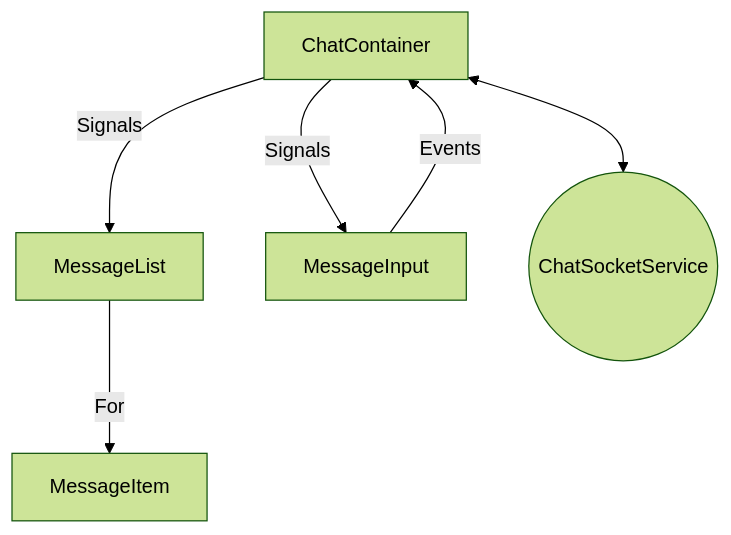
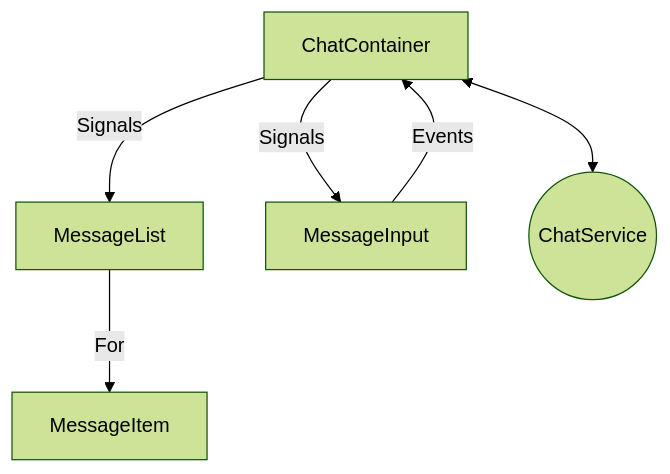
The first of 3 diagrams in docs/chat-architecture.md (sw-tt-akshayparmar/optimus), drawn with Mermaid (forest theme) before and after one commit. The commit also changed other lines of this file and 11 other files, not shown here.

````diff
--- a/docs/chat-architecture.md
+++ b/docs/chat-architecture.md
@@ -42,8 +42,8 @@
 ```mermaid
 graph TD
     ChatContainer[ChatContainer] -->|Signals| MessageList[MessageList]
     ChatContainer -->|Signals| MessageInput[MessageInput]
     MessageList -->|For| MessageItem[MessageItem]
     MessageInput -->|Events| ChatContainer
-    ChatContainer <--> ChatSocketService((ChatSocketService))
+    ChatContainer <--> ChatService((ChatService))
 ```
````
